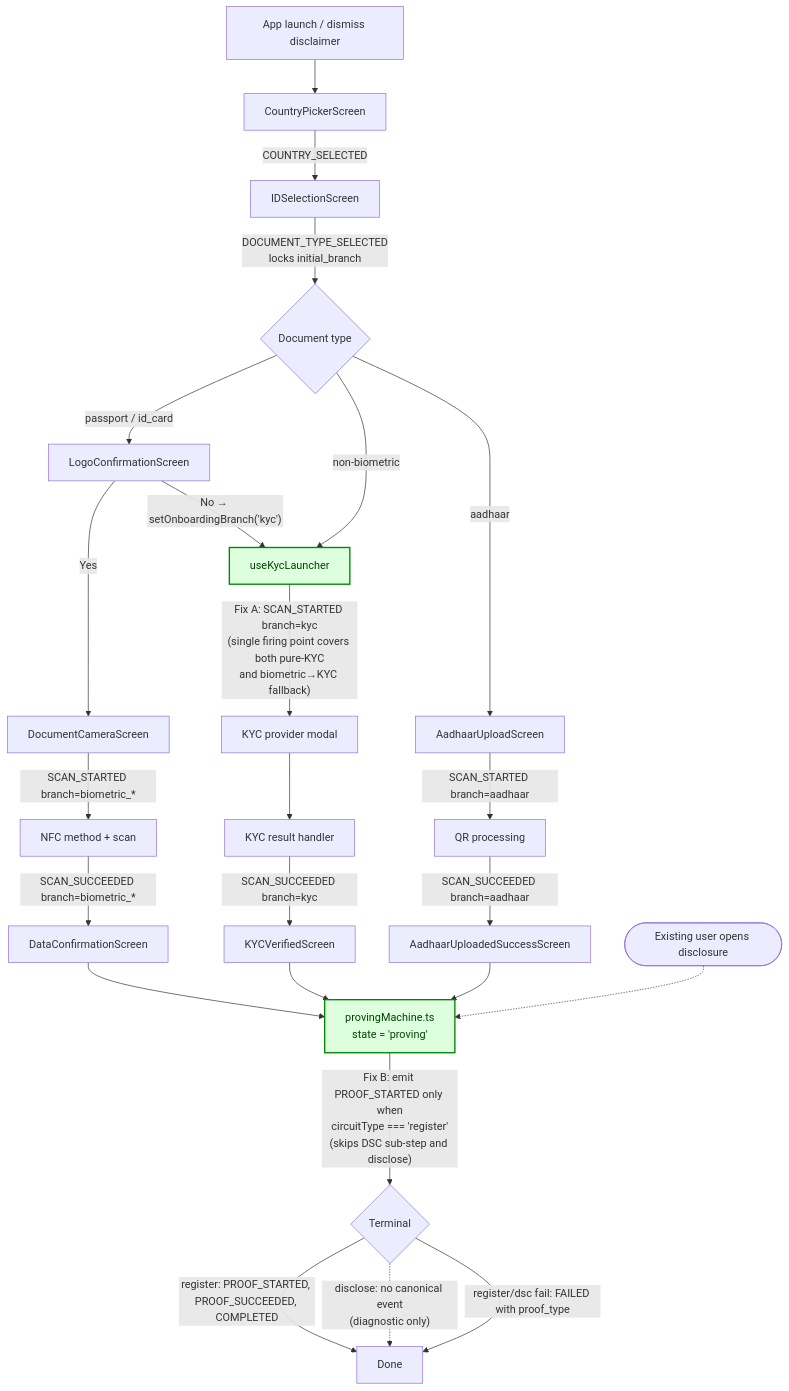
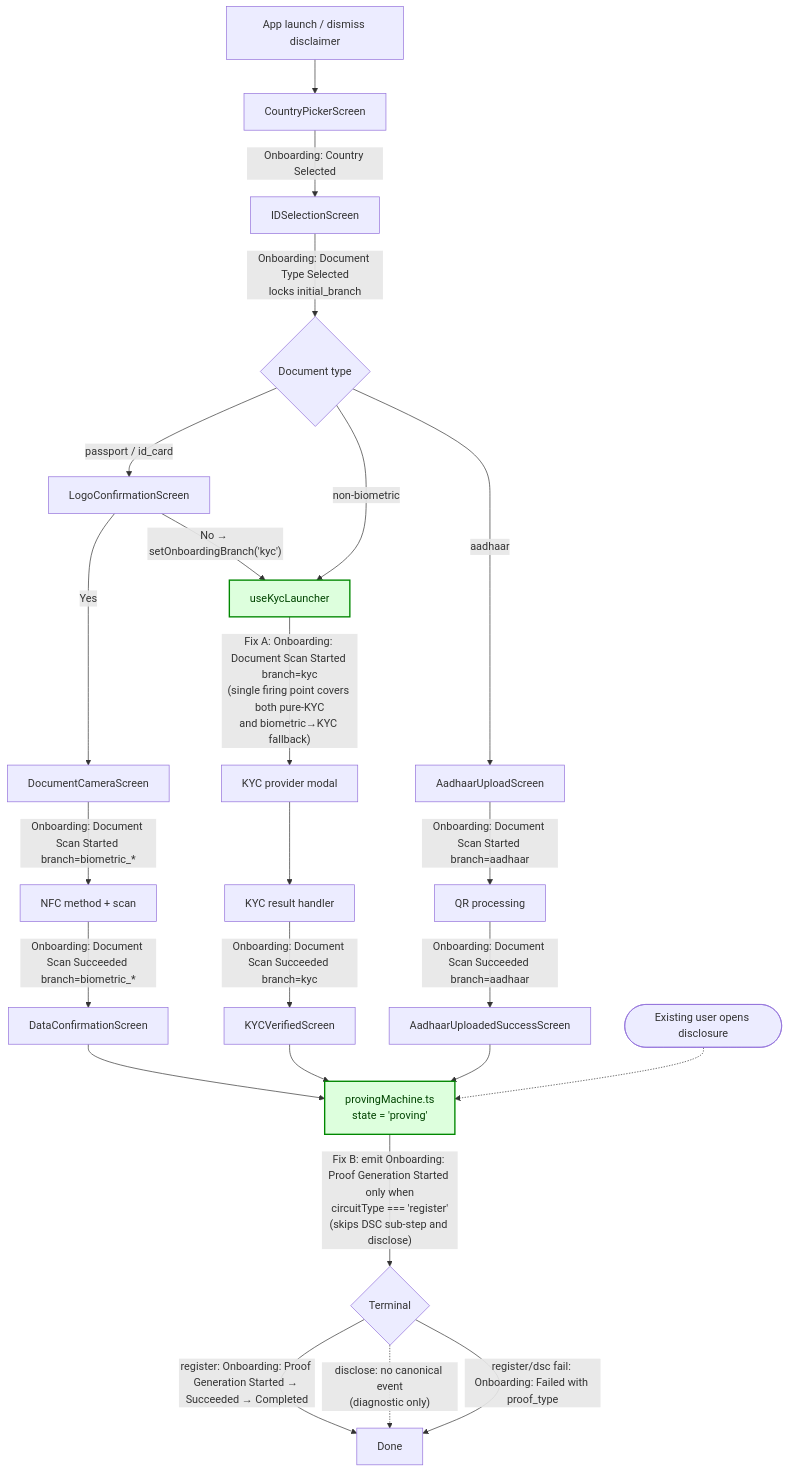
The second of 3 diagrams in specs/projects/sdk/workstreams/analytics/plans/ANA-11-canonical-funnel-bug-fixes.md (selfxyz/self), drawn with Mermaid before and after one commit. The commit also changed other lines of this file and 4 other files, not shown here.

````diff
--- a/specs/projects/sdk/workstreams/analytics/plans/ANA-11-canonical-funnel-bug-fixes.md
+++ b/specs/projects/sdk/workstreams/analytics/plans/ANA-11-canonical-funnel-bug-fixes.md
@@ -116,38 +116,38 @@
 ```mermaid
 flowchart TD
     A[App launch / dismiss disclaimer]
     A --> B[CountryPickerScreen]
-    B -->|COUNTRY_SELECTED| C[IDSelectionScreen]
-    C -->|"DOCUMENT_TYPE_SELECTED<br/>locks initial_branch"| D{Document type}
+    B -->|"Onboarding: Country Selected"| C[IDSelectionScreen]
+    C -->|"Onboarding: Document Type Selected<br/>locks initial_branch"| D{Document type}
 
     D -->|passport / id_card| E[LogoConfirmationScreen]
     D -->|non-biometric| KH[useKycLauncher]
     D -->|aadhaar| AA[AadhaarUploadScreen]
 
     E -->|Yes| F[DocumentCameraScreen]
     E -->|"No → setOnboardingBranch('kyc')"| KH
 
-    F -->|"SCAN_STARTED branch=biometric_*"| G[NFC method + scan]
-    G -->|"SCAN_SUCCEEDED branch=biometric_*"| H[DataConfirmationScreen]
+    F -->|"Onboarding: Document Scan Started branch=biometric_*"| G[NFC method + scan]
+    G -->|"Onboarding: Document Scan Succeeded branch=biometric_*"| H[DataConfirmationScreen]
 
-    KH -->|"Fix A: SCAN_STARTED branch=kyc<br/>(single firing point covers both pure-KYC<br/>and biometric→KYC fallback)"| KM[KYC provider modal]
+    KH -->|"Fix A: Onboarding: Document Scan Started branch=kyc<br/>(single firing point covers both pure-KYC<br/>and biometric→KYC fallback)"| KM[KYC provider modal]
     KM --> KR[KYC result handler]
-    KR -->|"SCAN_SUCCEEDED branch=kyc"| KV[KYCVerifiedScreen]
+    KR -->|"Onboarding: Document Scan Succeeded branch=kyc"| KV[KYCVerifiedScreen]
 
-    AA -->|"SCAN_STARTED branch=aadhaar"| AP[QR processing]
-    AP -->|"SCAN_SUCCEEDED branch=aadhaar"| AS[AadhaarUploadedSuccessScreen]
+    AA -->|"Onboarding: Document Scan Started branch=aadhaar"| AP[QR processing]
+    AP -->|"Onboarding: Document Scan Succeeded branch=aadhaar"| AS[AadhaarUploadedSuccessScreen]
 
     H --> P["provingMachine.ts<br/>state = 'proving'"]
     KV --> P
     AS --> P
     DX([Existing user opens disclosure]) -.-> P
 
-    P -->|"Fix B: emit PROOF_STARTED only when<br/>circuitType === 'register'<br/>(skips DSC sub-step and disclose)"| T{Terminal}
-    T -->|"register: PROOF_STARTED, PROOF_SUCCEEDED, COMPLETED"| Z[Done]
+    P -->|"Fix B: emit Onboarding: Proof Generation Started only when<br/>circuitType === 'register'<br/>(skips DSC sub-step and disclose)"| T{Terminal}
+    T -->|"register: Onboarding: Proof Generation Started → Succeeded → Completed"| Z[Done]
     T -.->|"disclose: no canonical event<br/>(diagnostic only)"| Z
-    T -->|"register/dsc fail: FAILED with proof_type"| Z
+    T -->|"register/dsc fail: Onboarding: Failed with proof_type"| Z
 
     KH:::fixed
     P:::fixed
     classDef fixed fill:#dfd,stroke:#080,stroke-width:2px,color:#040
 ```
````
